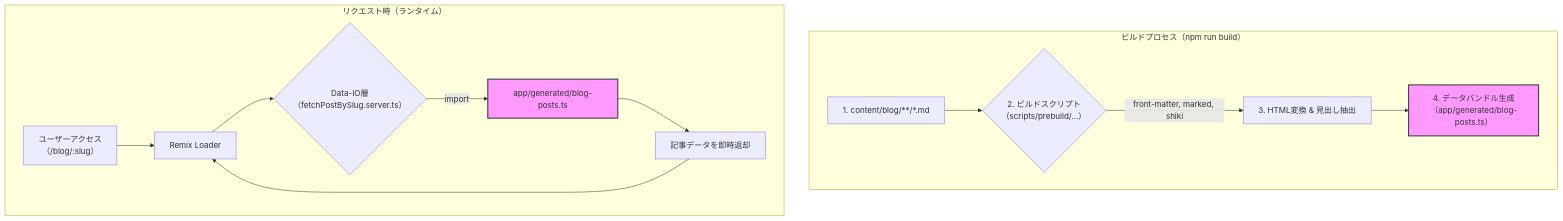
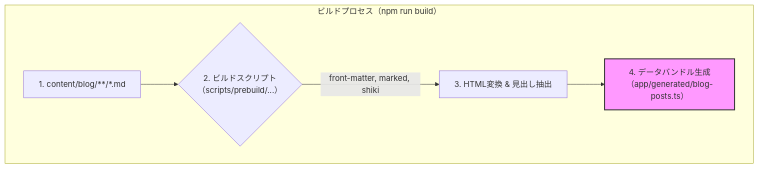
Before and after one commit to tezuka-Akihiro/ClaudeMix: the first of 2 diagrams in content/blog/posts/jamstack-prebuild-architecture.md, drawn with Mermaid. The commit also changed 13 other files, not shown here.

````diff
--- a/content/blog/posts/jamstack-prebuild-architecture.md
+++ b/content/blog/posts/jamstack-prebuild-architecture.md
@@ -45,19 +45,10 @@
 ```mermaid
 graph TD;
     subgraph "ビルドプロセス（npm run build）"
         A[1. content/blog/**/*.md] --> B{2. ビルドスクリプト<br>（scripts/prebuild/...）};
         B -->|front-matter, marked, shiki| C[3. HTML変換 & 見出し抽出];
         C --> D[4. データバンドル生成<br>（app/generated/blog-posts.ts）];
     end
 
-    subgraph "リクエスト時（ランタイム）"
-        E[ユーザーアクセス<br>（/blog/:slug）] --> F[Remix Loader];
-        F --> G{Data-IO層<br>（fetchPostBySlug.server.ts）};
-        G -->|import| H[app/generated/blog-posts.ts];
-        H --> I[記事データを即時返却];
-        I --> F;
-    end
-
     style D fill:#f9f,stroke:#333,stroke-width:2px
-    style H fill:#f9f,stroke:#333,stroke-width:2px
 ```
````
